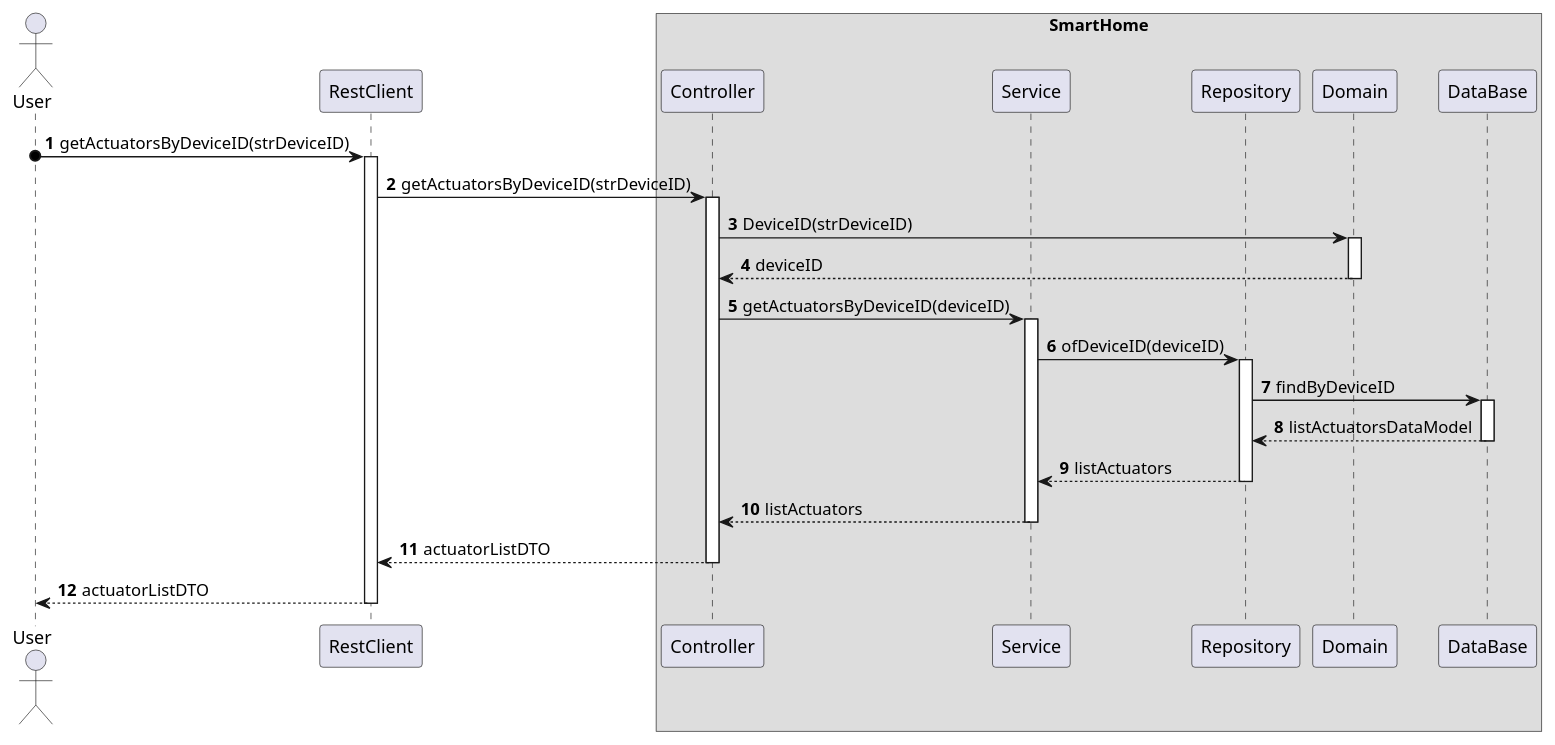
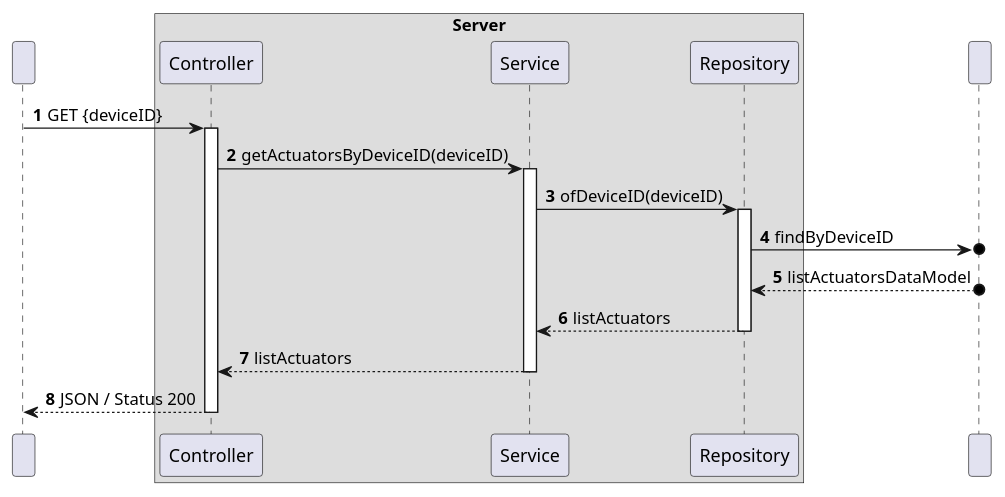
Before and after one commit to olivDiogo/SmartHome: the diagram in docs/ooa/C4_4plus1_models/Level3/ProcessView/ProcessViewLevel3_UC15.puml, drawn with PlantUML.

Commit message:
#518 updated level 3 process view, uc15

```diff
--- a/docs/ooa/C4_4plus1_models/Level3/ProcessView/ProcessViewLevel3_UC15.puml
+++ b/docs/ooa/C4_4plus1_models/Level3/ProcessView/ProcessViewLevel3_UC15.puml
@@ -1,54 +1,40 @@
 @startuml
 'https://plantuml.com/sequence-diagram
 !pragma layout smetana
 autonumber
 
-actor "User" as User
-participant RestClient as "RestClient"
-box "SmartHome"
+participant " " as HTTP
+
+box "Server"
 participant Controller as "Controller"
 participant Service as "Service"
 participant Repository as "Repository"
-participant Domain as "Domain"
-participant DataBase as "DataBase"
 end box
+participant DataBase as " "
 
-User o-> RestClient: getActuatorsByDeviceID(strDeviceID)
-activate RestClient
-
-RestClient -> Controller: getActuatorsByDeviceID(strDeviceID)
+HTTP -> Controller: GET {deviceID}
 activate Controller
-
-Controller -> Domain: DeviceID(strDeviceID)
-activate Domain
-
-Domain --> Controller: deviceID
-deactivate Domain
 
 Controller -> Service : getActuatorsByDeviceID(deviceID)
 activate Service
 
 Service -> Repository: ofDeviceID(deviceID)
 activate Repository
 
-Repository -> DataBase: findByDeviceID
-activate DataBase
+Repository ->o DataBase: findByDeviceID
 
-DataBase --> Repository: listActuatorsDataModel
-deactivate DataBase
+DataBase o--> Repository: listActuatorsDataModel
 
 Repository --> Service: listActuators
 deactivate Repository
 
 Service --> Controller: listActuators
 deactivate Service
 
-Controller --> RestClient: actuatorListDTO
+Controller --> HTTP: JSON / Status 200
 deactivate Controller
 
-RestClient --> User: actuatorListDTO
-deactivate RestClient
 
 
 
 @enduml
```
